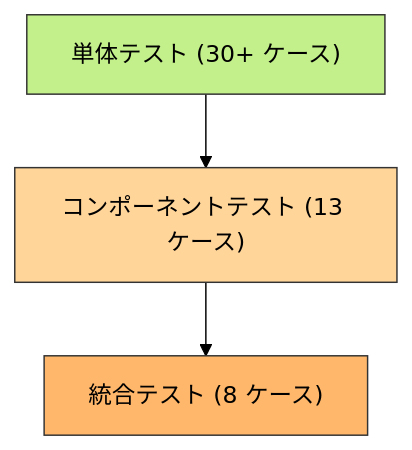
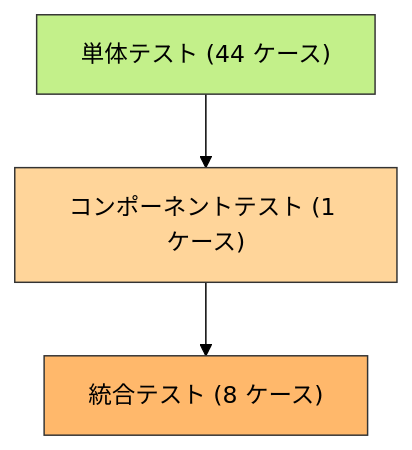
Before and after one commit to isseis/go-safe-cmd-runner: the second of 2 diagrams in docs/tasks/0074_elf_dynlib_integrity/04_implementation_plan.md, drawn with Mermaid (forest theme). The commit also changed other lines of this file, not shown here.

Commit message:
docs(0074): fix test pyramid counts to match plan (44 unit, 1 component, 8 integration)
The Mermaid diagram in §5.1 showed "component 13 / unit 30+" which
conflicted with the header table (line 19) and the test lists below.
Align all counts to 44 unit + 1 component + 8 integration.

````diff
--- a/docs/tasks/0074_elf_dynlib_integrity/04_implementation_plan.md
+++ b/docs/tasks/0074_elf_dynlib_integrity/04_implementation_plan.md
@@ -607,12 +607,12 @@
 ```mermaid
 graph TB
     classDef tier1 fill:#ffb86b,stroke:#333,color:#000;
     classDef tier2 fill:#ffd59a,stroke:#333,color:#000;
     classDef tier3 fill:#c3f08a,stroke:#333,color:#000;
 
     T1["統合テスト (8 ケース)"]:::tier1
-    T2["コンポーネントテスト (13 ケース)"]:::tier2
-    T3["単体テスト (30+ ケース)"]:::tier3
+    T2["コンポーネントテスト (1 ケース)"]:::tier2
+    T3["単体テスト (44 ケース)"]:::tier3
 
     T3 --> T2 --> T1
 ```
````
